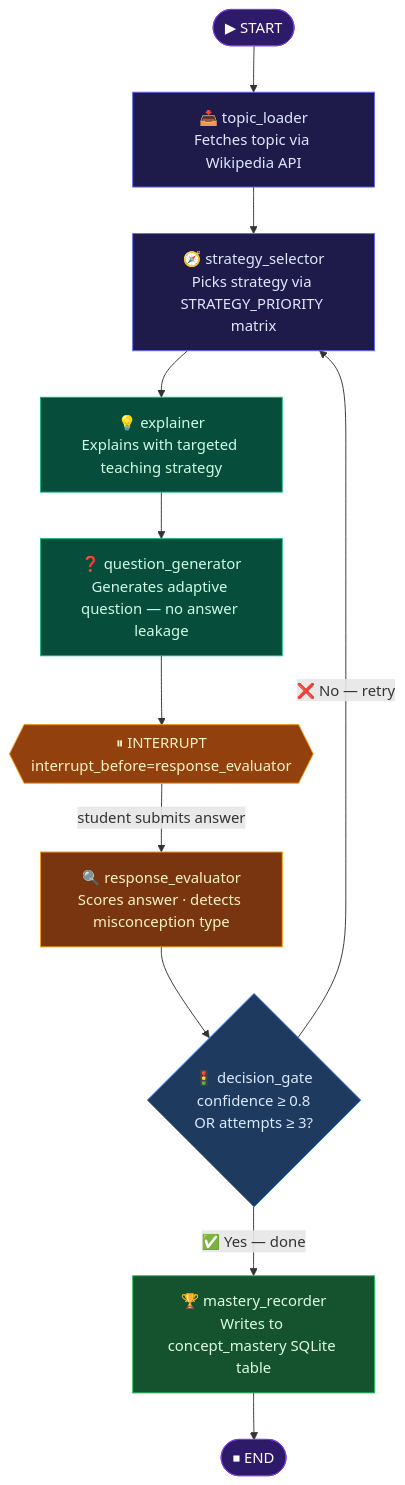
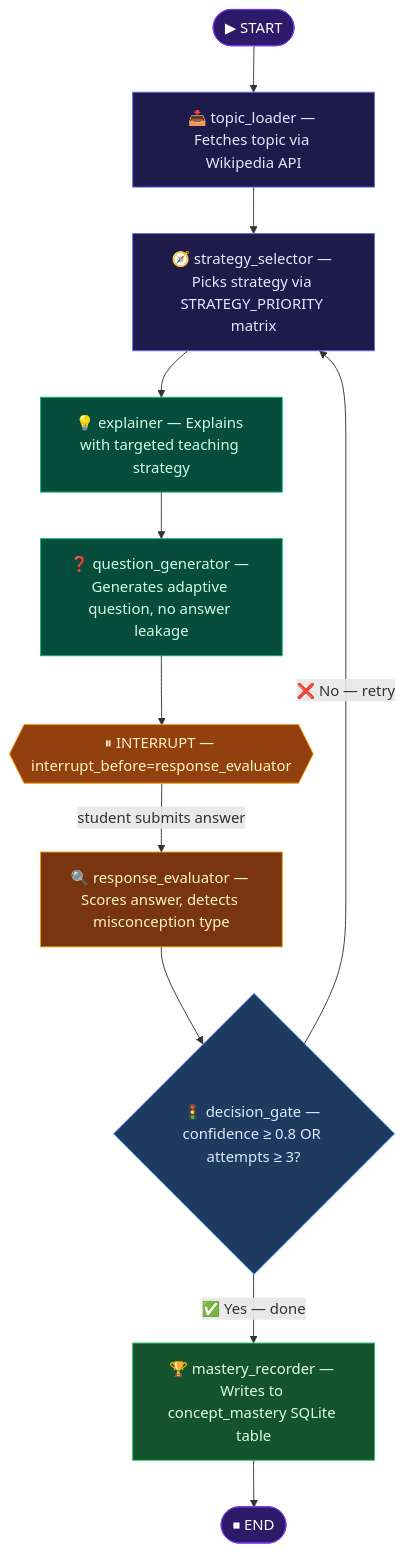
One commit to Mayankasnora/Team-5-Project changed the diagram in README.md. Above: the diagram before and after it, drawn with Mermaid. The commit also changed other lines of this file, not shown here.

````diff
--- a/README.md
+++ b/README.md
@@ -95,41 +94,26 @@
 ```mermaid
 flowchart TD
     A([▶ START]) --> B
-
-    B["📥 topic_loader\nFetches topic via Wikipedia API"]
-    B --> C
-
-    C["🧭 strategy_selector\nPicks strategy via STRATEGY_PRIORITY matrix"]
-    C --> D
-
-    D["💡 explainer\nExplains with targeted teaching strategy"]
-    D --> E
-
-    E["❓ question_generator\nGenerates adaptive question — no answer leakage"]
-    E --> F
-
-    F{{"⏸ INTERRUPT\ninterrupt_before=response_evaluator"}}
+    B["📥 topic_loader — Fetches topic via Wikipedia API"] --> C
+    C["🧭 strategy_selector — Picks strategy via STRATEGY_PRIORITY matrix"] --> D
+    D["💡 explainer — Explains with targeted teaching strategy"] --> E
+    E["❓ question_generator — Generates adaptive question, no answer leakage"] --> F
+    F{{"⏸ INTERRUPT — interrupt_before=response_evaluator"}}
     F -- "student submits answer" --> G
-
-    G["🔍 response_evaluator\nScores answer · detects misconception type"]
-    G --> H
-
-    H{"🚦 decision_gate\nconfidence ≥ 0.8\nOR attempts ≥ 3?"}
-
+    G["🔍 response_evaluator — Scores answer, detects misconception type"] --> H
+    H{"🚦 decision_gate — confidence ≥ 0.8 OR attempts ≥ 3?"}
+    H -- "✅ Yes — done" --> I
     H -- "❌ No — retry" --> C
-    H -- "✅ Yes — done" --> I
-
-    I["🏆 mastery_recorder\nWrites to concept_mastery SQLite table"]
-    I --> J([⏹ END])
+    I["🏆 mastery_recorder — Writes to concept_mastery SQLite table"] --> J([⏹ END])
 
     style A fill:#2d1b69,stroke:#7c3aed,color:#fff
     style J fill:#2d1b69,stroke:#7c3aed,color:#fff
     style F fill:#92400e,stroke:#f59e0b,color:#fef3c7
     style H fill:#1e3a5f,stroke:#3b82f6,color:#dbeafe
     style B fill:#1e1b4b,stroke:#6366f1,color:#e0e7ff
     style C fill:#1e1b4b,stroke:#6366f1,color:#e0e7ff
     style D fill:#064e3b,stroke:#10b981,color:#d1fae5
     style E fill:#064e3b,stroke:#10b981,color:#d1fae5
     style G fill:#78350f,stroke:#f59e0b,color:#fef3c7
     style I fill:#14532d,stroke:#22c55e,color:#dcfce7
 ```
````
